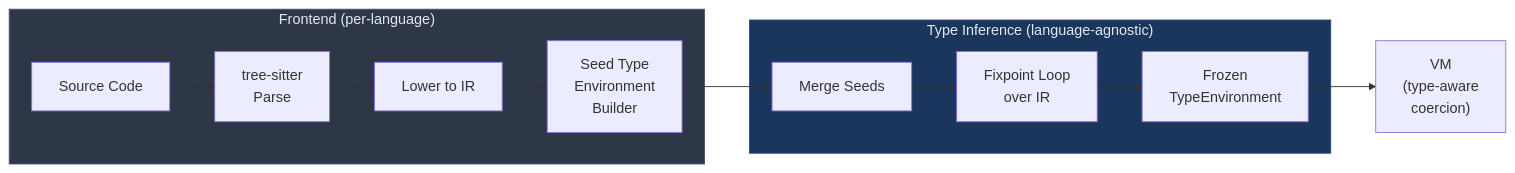
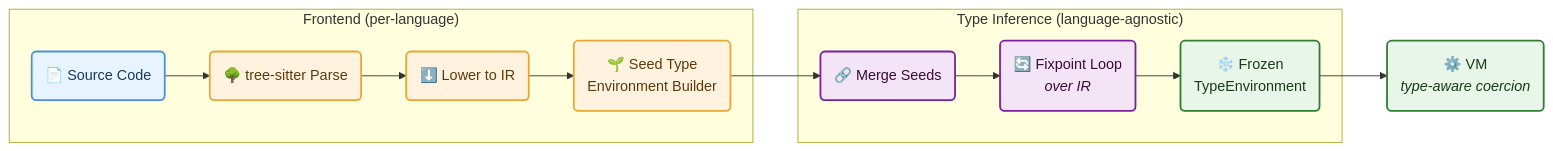
The seventh of 9 diagrams in _posts/2026-03-01-designing-reddragon-multi-language-code-analysis.md (asengupta/avishek.net), drawn with Mermaid before and after one commit. The commit also changed other lines of this file and 2 other files, not shown here.

First line of the commit message:
Beautify mermaid diagrams across all three posts, add Tools section and execution loop

````diff
--- a/_posts/2026-03-01-designing-reddragon-multi-language-code-analysis.md
+++ b/_posts/2026-03-01-designing-reddragon-multi-language-code-analysis.md
@@ -1125,18 +1201,21 @@
 ```mermaid
 %%{ init: { "flowchart": { "curve": "stepBefore" } } }%%
 flowchart LR
     subgraph Frontend ["Frontend (per-language)"]
-        SRC["Source Code"] --> PARSE["tree-sitter<br/>Parse"]
-        PARSE --> LOWER["Lower to IR"]
-        LOWER --> SEED["Seed Type<br/>Environment<br/>Builder"]
+        SRC("📄 Source Code"):::input --> PARSE("🌳 tree-sitter Parse"):::step
+        PARSE --> LOWER("⬇️ Lower to IR"):::step
+        LOWER --> SEED("🌱 Seed Type<br/>Environment Builder"):::step
     end
     subgraph Inference ["Type Inference (language-agnostic)"]
-        SEED --> MERGE["Merge Seeds"]
-        MERGE --> WALK["Fixpoint Loop<br/>over IR"]
-        WALK --> ENV["Frozen<br/>TypeEnvironment"]
+        SEED --> MERGE("🔗 Merge Seeds"):::infer
+        MERGE --> WALK("🔄 Fixpoint Loop<br/><i>over IR</i>"):::infer
+        WALK --> ENV("❄️ Frozen<br/>TypeEnvironment"):::output
     end
-    ENV --> VM["VM<br/>(type-aware<br/>coercion)"]
+    ENV --> VM("⚙️ VM<br/><i>type-aware coercion</i>"):::engine
 
-    style Frontend fill:#2d3748,stroke:#4a5568,color:#e2e8f0
-    style Inference fill:#1a365d,stroke:#2a4a7f,color:#e2e8f0
+    classDef input fill:#e8f4fd,stroke:#4a90d9,stroke-width:2px,color:#1a3a5c
+    classDef step fill:#fff3e0,stroke:#e8a735,stroke-width:2px,color:#5c3a0a
+    classDef infer fill:#f3e5f5,stroke:#7b1fa2,stroke-width:2px,color:#3a0a3a
+    classDef output fill:#e8f5e9,stroke:#2e7d32,stroke-width:2px,color:#1a3a1a
+    classDef engine fill:#e8f5e9,stroke:#2e7d32,stroke-width:2px,color:#1a3a1a
 ```
````
